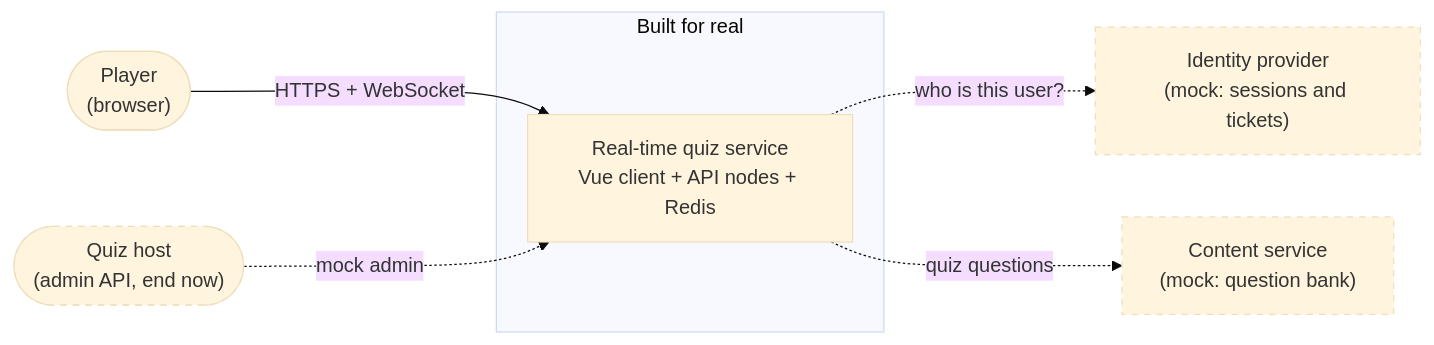
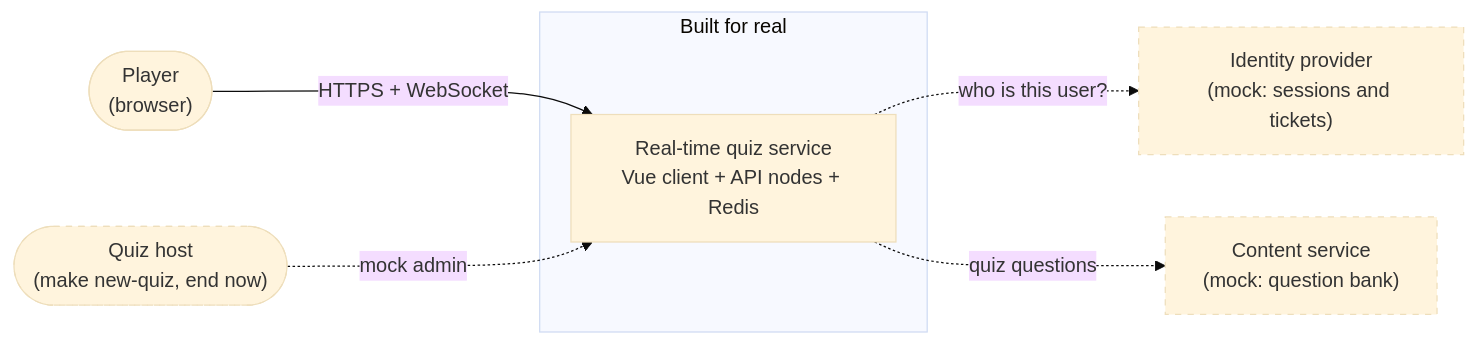
One commit to kobars/realtime-vocab-quiz changed the first of 3 diagrams in DESIGN.md. Above: the diagram before and after it, drawn with Mermaid (base theme). The commit also changed other lines of this file and 5 other files, not shown here.

First line of the commit message:
Document make demo, make new-quiz, run IDs and the image's Redis default

````diff
--- a/DESIGN.md
+++ b/DESIGN.md
@@ -81,16 +81,16 @@
 ```mermaid
 flowchart LR
     player(["Player<br/>(browser)"])
-    host(["Quiz host<br/>(admin API, end now)"])
+    host(["Quiz host<br/>(make new-quiz, end now)"])
     subgraph built["Built for real"]
         quiz["Real-time quiz service<br/>Vue client + API nodes + Redis"]
     end
     idp["Identity provider<br/>(mock: sessions and tickets)"]
     content["Content service<br/>(mock: question bank)"]
     player -- "HTTPS + WebSocket" --> quiz
     host -. "mock admin" .-> quiz
     quiz -. "who is this user?" .-> idp
     quiz -. "quiz questions" .-> content
     classDef mock stroke-dasharray: 5 5
     class idp,content,host mock
 ```
````
